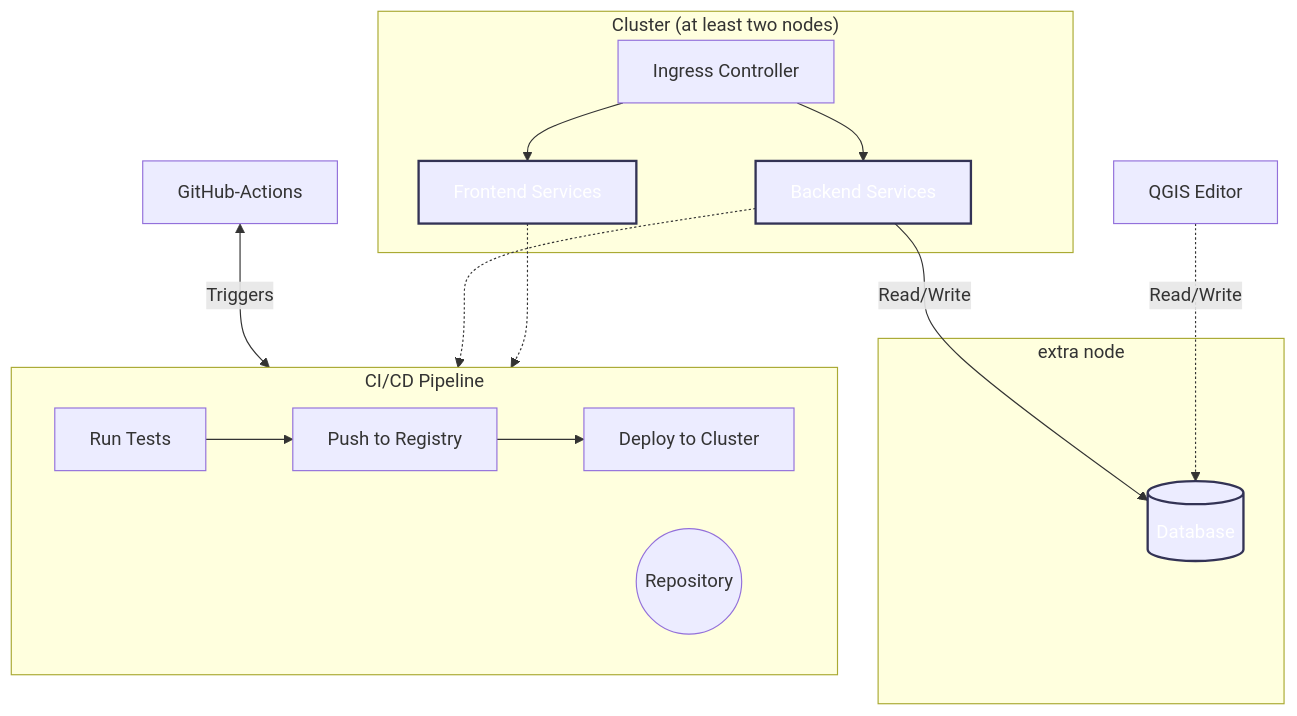
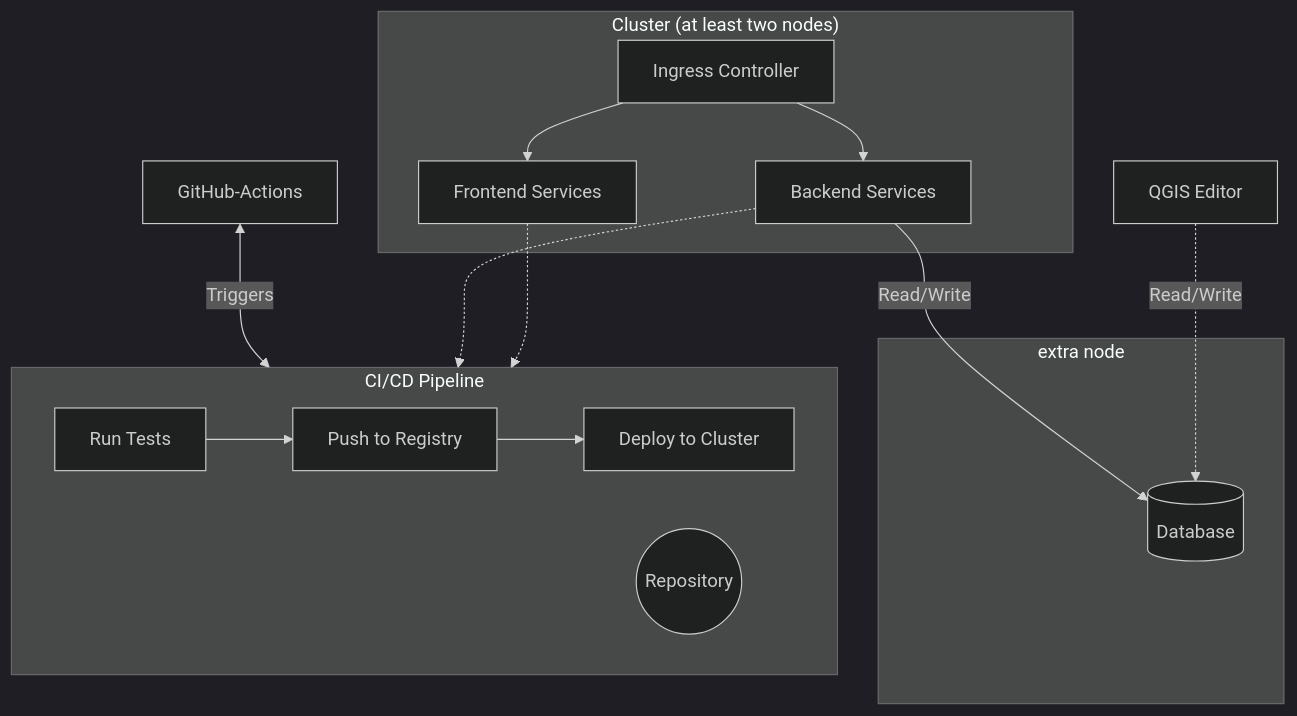
Diagram 12 of 20 in README.md (mjwalz/Kartografische_Zeitmaschine), drawn with Mermaid before and after one commit. The commit also changed other lines of this file and 4 other files, not shown here.

````diff
--- a/README.md
+++ b/README.md
@@ -692,33 +721,38 @@
 ```mermaid
+---
+config:
+  theme: 'dark'
+---
+
 graph TD
     subgraph Cluster["Cluster (at least two nodes)"]
             Ingress[Ingress Controller]
             Frontend[Frontend Services]
             Backend[Backend Services]
             Ingress --> Frontend
             Ingress --> Backend
-        style Backend stroke:#335,stroke-width:2px,color:white
-        style Frontend stroke:#335,stroke-width:2px,color:white
+        %%style Backend stroke:#335,stroke-width:2px,color:white
+        %%style Frontend stroke:#335,stroke-width:2px,color:white
     end
     subgraph Data_Layer[extra node]
         Database[(Database)]
-        style Database stroke:#335,stroke-width:2px,color:white
+        %%style Database stroke:#335,stroke-width:2px,color:white
     end
     
     QGIS[QGIS Editor]
     
     %% Application Connections
     Backend -->|Read/Write| Database
     QGIS -.->|Read/Write| Database
     
     %% CI/CD Pipeline
     subgraph CI_CD[CI/CD Pipeline]
         direction LR
         Tests[Run Tests] --> Push[Push to Registry] --> Deploy[Deploy to Cluster]
         Repo((Repository))
     end
     
     %% Connections
     GitHub-Actions <-->|Triggers| Repo
     Backend & Frontend -.-> Tests
 ```
````
